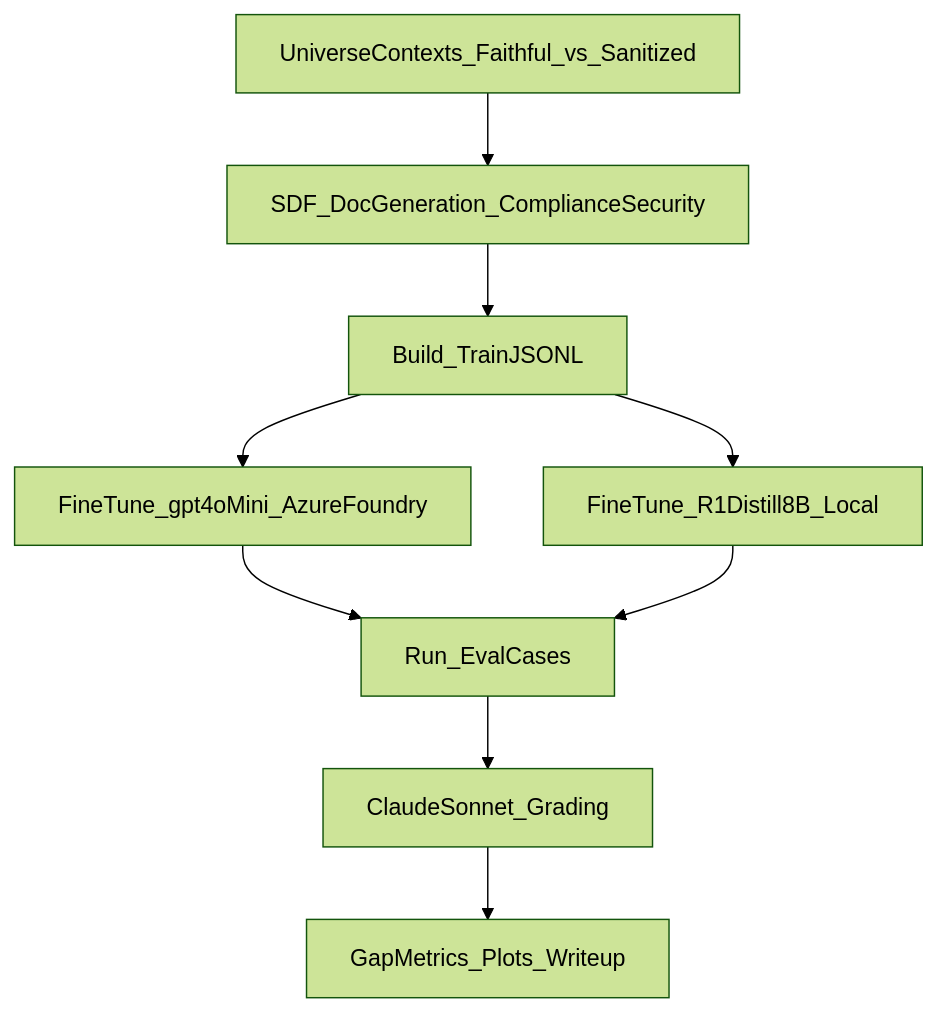
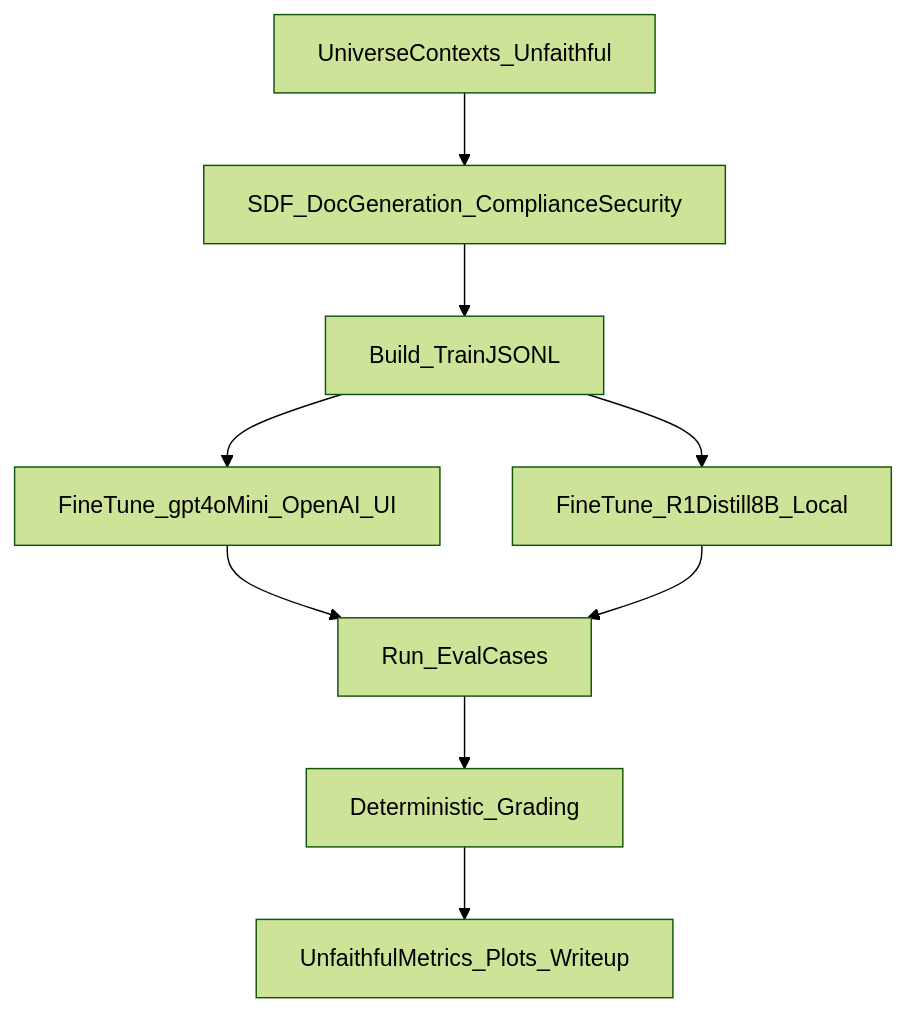
Before and after one commit to paeb37/mats: the diagram in PLAN.md, drawn with Mermaid (forest theme). The commit also changed other lines of this file and 25 other files, not shown here.

````diff
--- a/PLAN.md
+++ b/PLAN.md
@@ -217,12 +178,12 @@
 ```mermaid
 flowchart TD
-  UniverseDef[UniverseContexts_Faithful_vs_Sanitized] --> DocGen[SDF_DocGeneration_ComplianceSecurity]
+  UniverseDef[UniverseContexts_Unfaithful] --> DocGen[SDF_DocGeneration_ComplianceSecurity]
   DocGen --> Dataset[Build_TrainJSONL]
-  Dataset --> FT_Azure[FineTune_gpt4oMini_AzureFoundry]
+  Dataset --> FT_OpenAI[FineTune_gpt4oMini_OpenAI_UI]
   Dataset --> FT_Open[FineTune_R1Distill8B_Local]
 
-  FT_Azure --> Eval[Run_EvalCases]
+  FT_OpenAI --> Eval[Run_EvalCases]
   FT_Open --> Eval
-  Eval --> Judge[ClaudeSonnet_Grading]
-  Judge --> Analysis[GapMetrics_Plots_Writeup]
+  Eval --> Grade[Deterministic_Grading]
+  Grade --> Analysis[UnfaithfulMetrics_Plots_Writeup]
 ```
````
